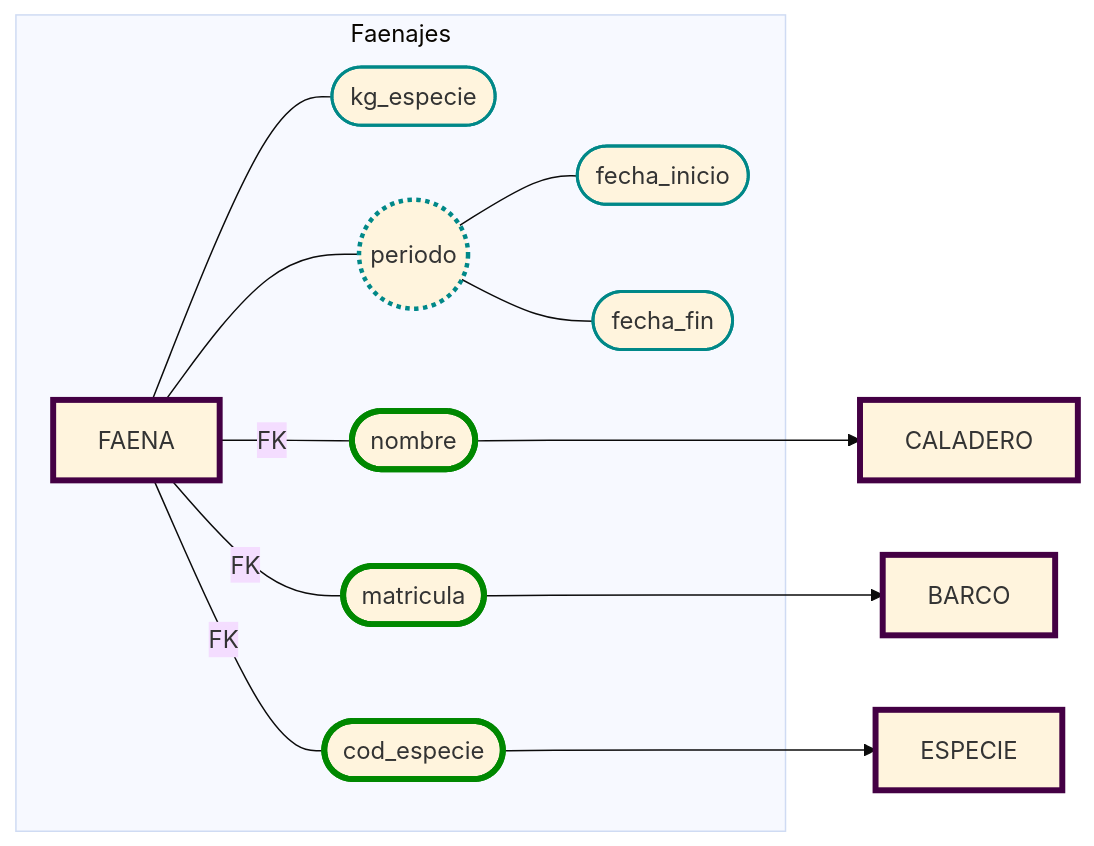
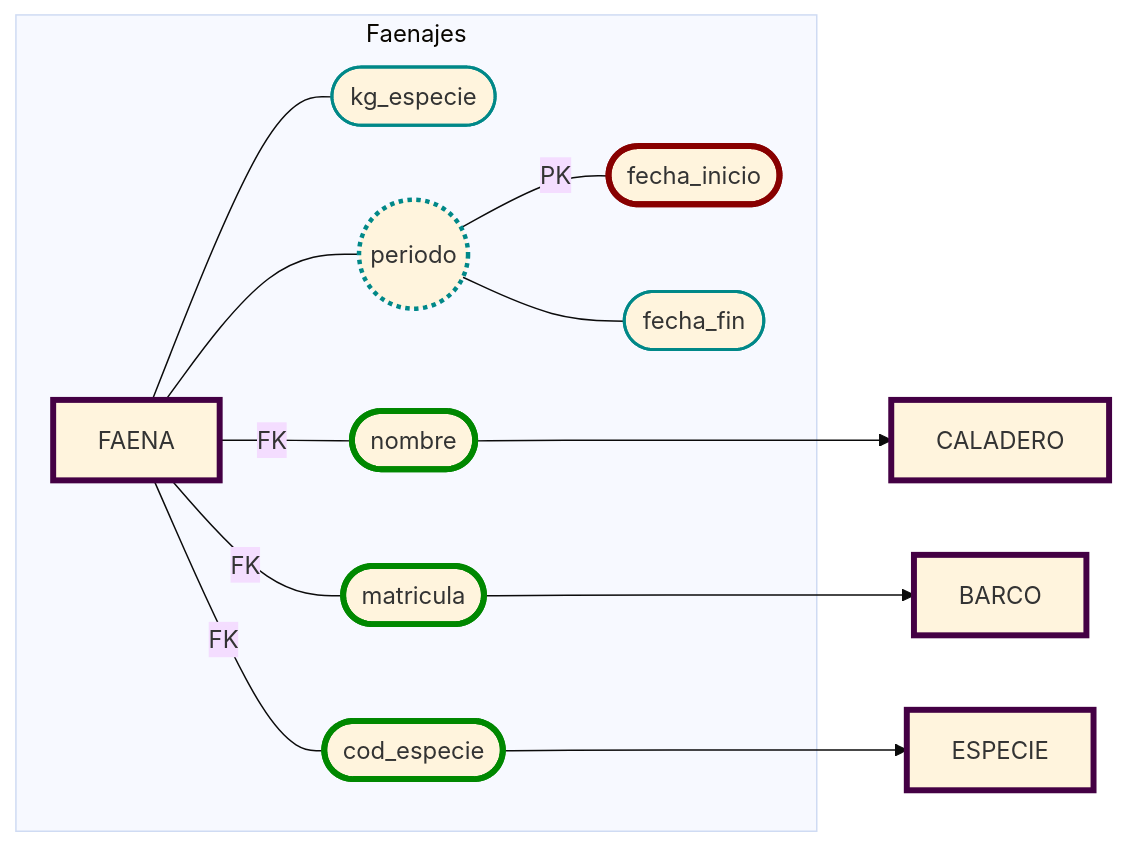
The fifth of 14 diagrams in DataBases/lonja_DB.md (JulTob/Data), drawn with Mermaid (base theme) before and after one commit. The commit also changed other lines of this file, not shown here.

````diff
--- a/DataBases/lonja_DB.md
+++ b/DataBases/lonja_DB.md
@@ -162,31 +219,31 @@
 ```mermaid
 flowchart LR   
   classDef atributo stroke:#088,stroke-width:2px;
   classDef derivado stroke-width:3px, stroke-dasharray:3 3;
 
   classDef pk stroke:#800,stroke-width:4px;
   classDef fk stroke:#080,stroke-width:4px;
   classDef pkfk stroke:#880,stroke-width:4px;
   classDef entidad stroke:#404,stroke-width:4px;
 
   %% Atributos FAENAJE
   subgraph Faenajes
     Faena[FAENA]:::entidad
     Faena --- kg_especie([kg_especie]):::atributo 
     Faena ---|FK| nombre([nombre]):::fk 
     Faena ---|FK| matricula([matricula]):::fk 
     Faena ---|FK| cod_especie([cod_especie]):::fk
     Faena --- periodo((periodo)):::atributo
     periodo:::derivado
-    periodo --- fecha_inicio([fecha_inicio]):::atributo 
+    periodo ---|PK| fecha_inicio([fecha_inicio]):::pk 
     periodo --- fecha_fin([fecha_fin]):::atributo
 
     end
   nombre ---> Caladero
   matricula ---> Barco
   cod_especie ---> Especie
 
   Caladero[CALADERO]:::entidad
   Barco[BARCO]:::entidad
   Especie[ESPECIE]:::entidad
 ```
````
